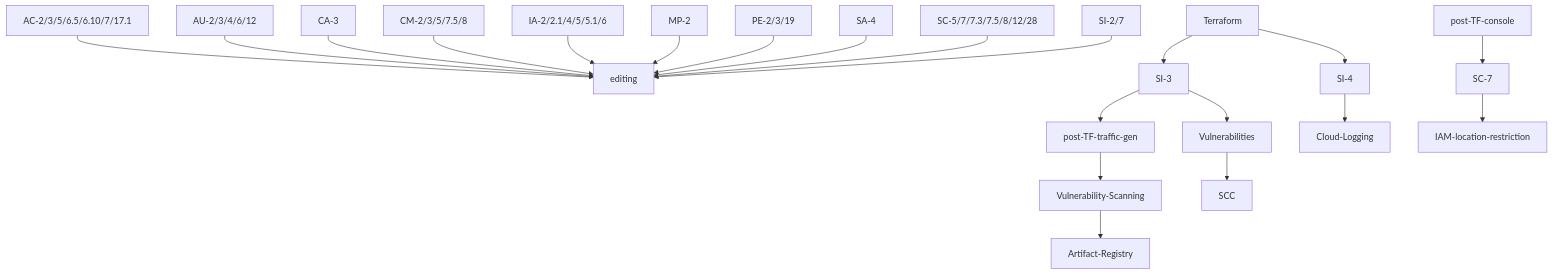
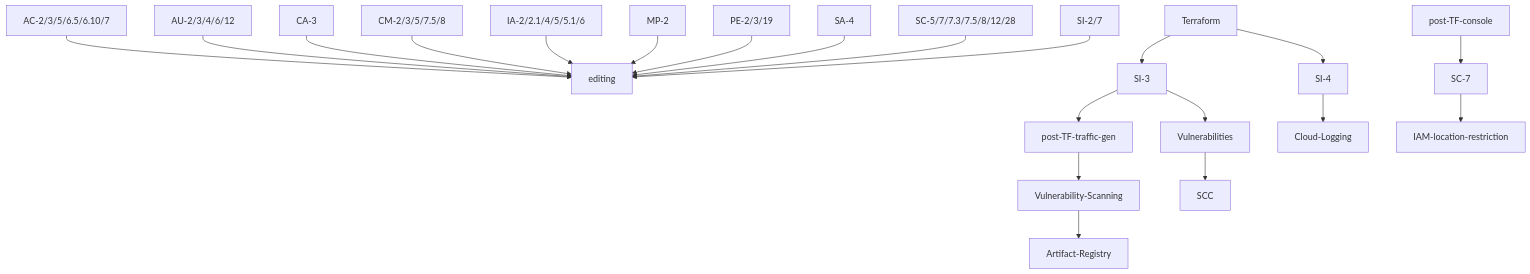
One commit to GoogleCloudPlatform/pbmm-on-gcp-onboarding changed the diagram in docs/google-cloud-security-controls.md. Above: the diagram before and after it, drawn with Mermaid. The commit also changed other lines of this file, not shown here.

````diff
--- a/docs/google-cloud-security-controls.md
+++ b/docs/google-cloud-security-controls.md
@@ -5,29 +5,29 @@
 ```mermaid
 graph TD;
-    AC-2/3/5/6.5/6.10/7/17.1-->editing;
+    AC-2/3/5/6.5/6.10/7-->editing;
 
     AU-2/3/4/6/12-->editing;
 
     CA-3-->editing;
     CM-2/3/5/7.5/8-->editing;
 
     IA-2/2.1/4/5/5.1/6-->editing;
     
     MP-2-->editing;
     PE-2/3/19-->editing;
     SA-4-->editing;
     SC-5/7/7.3/7.5/8/12/28-->editing;
     SI-2/7-->editing;
     
     Terraform-->SI-3;
     Terraform-->SI-4;
     SI-3-->post-TF-traffic-gen;
     post-TF-traffic-gen-->Vulnerability-Scanning;
     Vulnerability-Scanning-->Artifact-Registry;
     SI-3-->Vulnerabilities;
     Vulnerabilities-->SCC;
     SI-4-->Cloud-Logging;
     post-TF-console-->SC-7;
     
     SC-7-->IAM-location-restriction;
 ```
````
